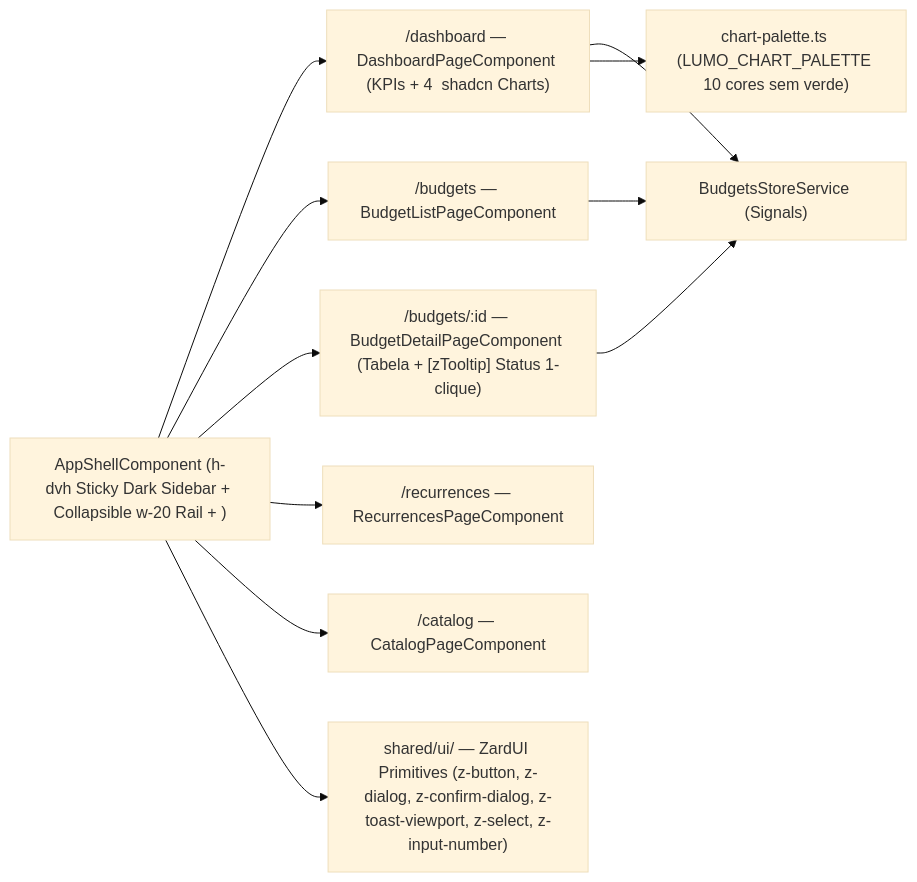
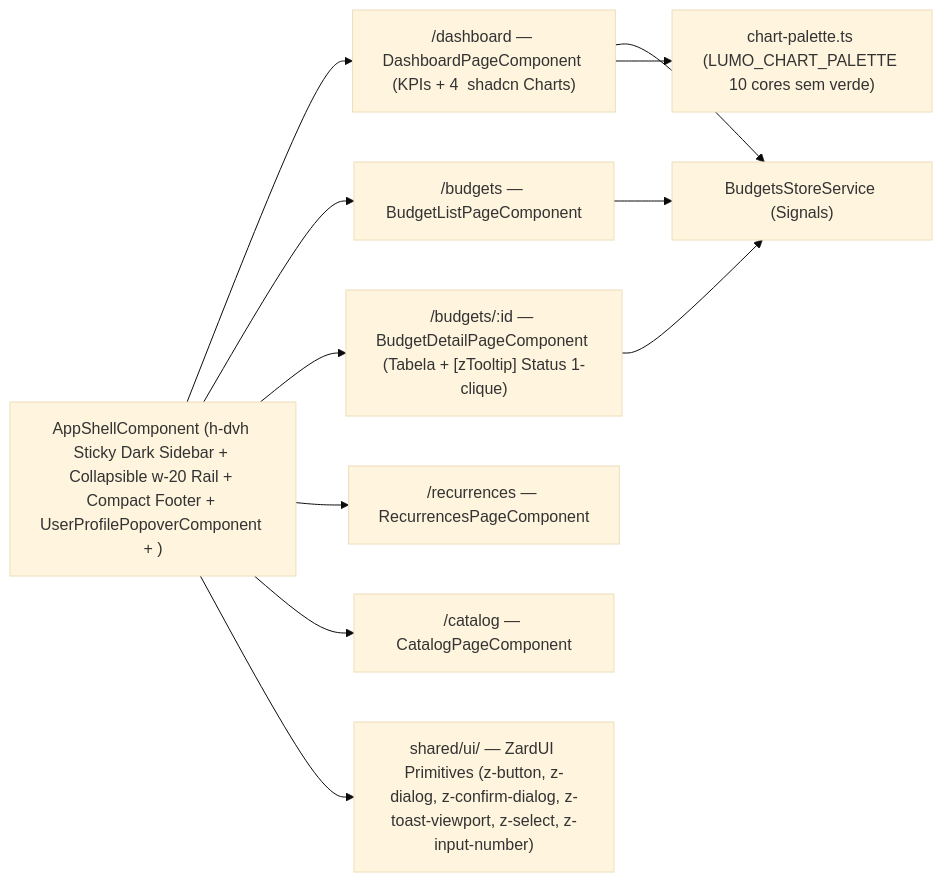
One commit to tiaggofg/lumo-app changed the fourth of 4 diagrams in docs/arquitetura-c4.md. Above: the diagram before and after it, drawn with Mermaid (base theme). The commit also changed other lines of this file and 12 other files, not shown here.

First line of the commit message:
feat(shell): compact sidebar footer with profile popover

````diff
--- a/docs/arquitetura-c4.md
+++ b/docs/arquitetura-c4.md
@@ -43,13 +43,13 @@
 ```mermaid
 flowchart LR
-  Shell["AppShellComponent (h-dvh Sticky Dark Sidebar + Collapsible w-20 Rail + <app-lumo-logo>)"] --> Dash["/dashboard — DashboardPageComponent (KPIs + 4 <z-chart-container> shadcn Charts)"]
+  Shell["AppShellComponent (h-dvh Sticky Dark Sidebar + Collapsible w-20 Rail + Compact Footer + UserProfilePopoverComponent + <app-lumo-logo>)"] --> Dash["/dashboard — DashboardPageComponent (KPIs + 4 <z-chart-container> shadcn Charts)"]
   Shell --> Budgets["/budgets — BudgetListPageComponent"]
   Shell --> Detail["/budgets/:id — BudgetDetailPageComponent (Tabela + [zTooltip] Status 1-clique)"]
   Shell --> Rec["/recurrences — RecurrencesPageComponent"]
   Shell --> Cat["/catalog — CatalogPageComponent"]
   Shell --> ZUI["shared/ui/ — ZardUI Primitives (z-button, z-dialog, z-confirm-dialog, z-toast-viewport, z-select, z-input-number)"]
   Dash --> Store["BudgetsStoreService (Signals)"]
   Budgets --> Store
   Detail --> Store
   Dash --> Palette["chart-palette.ts (LUMO_CHART_PALETTE 10 cores sem verde)"]
 ```
````
